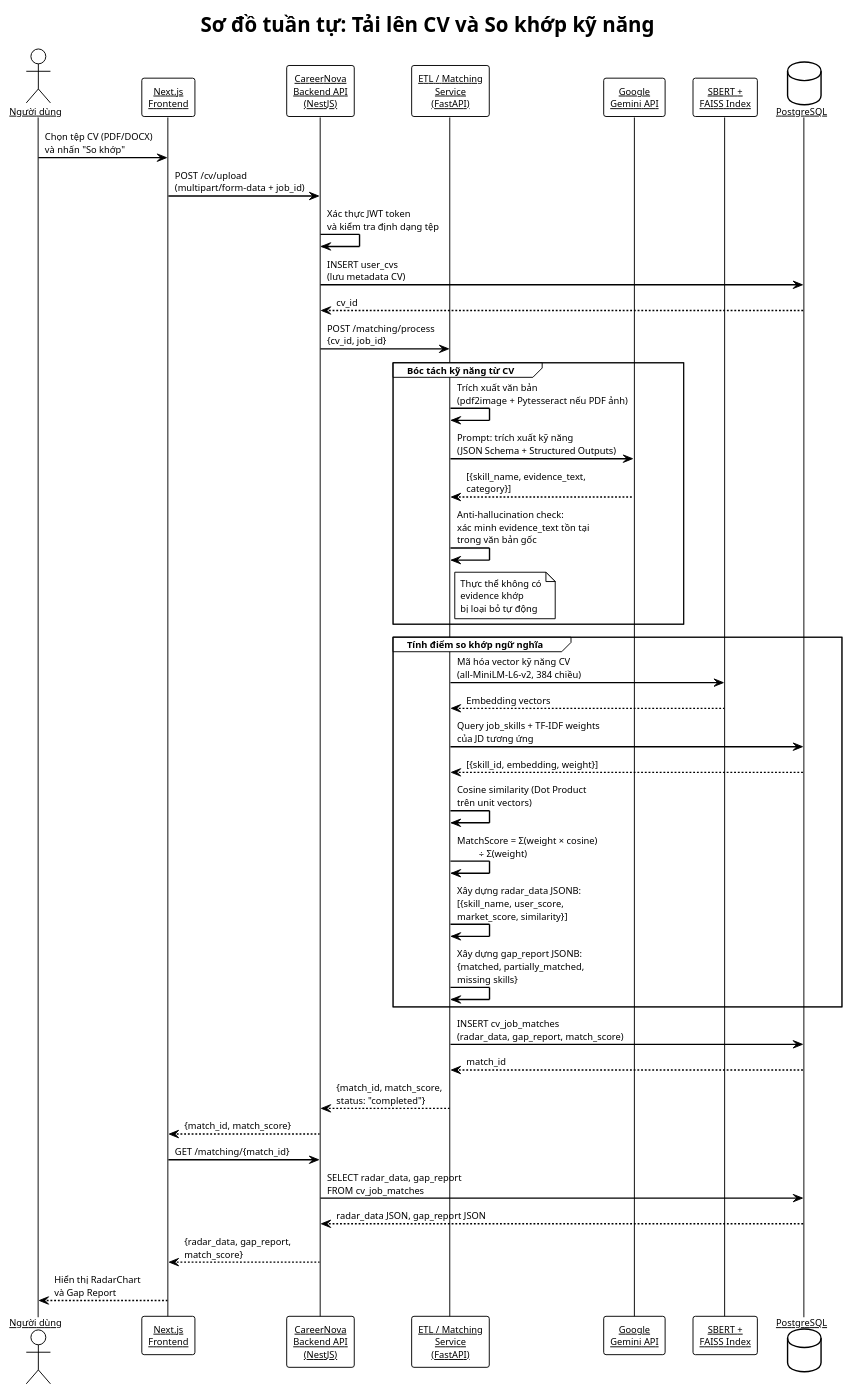
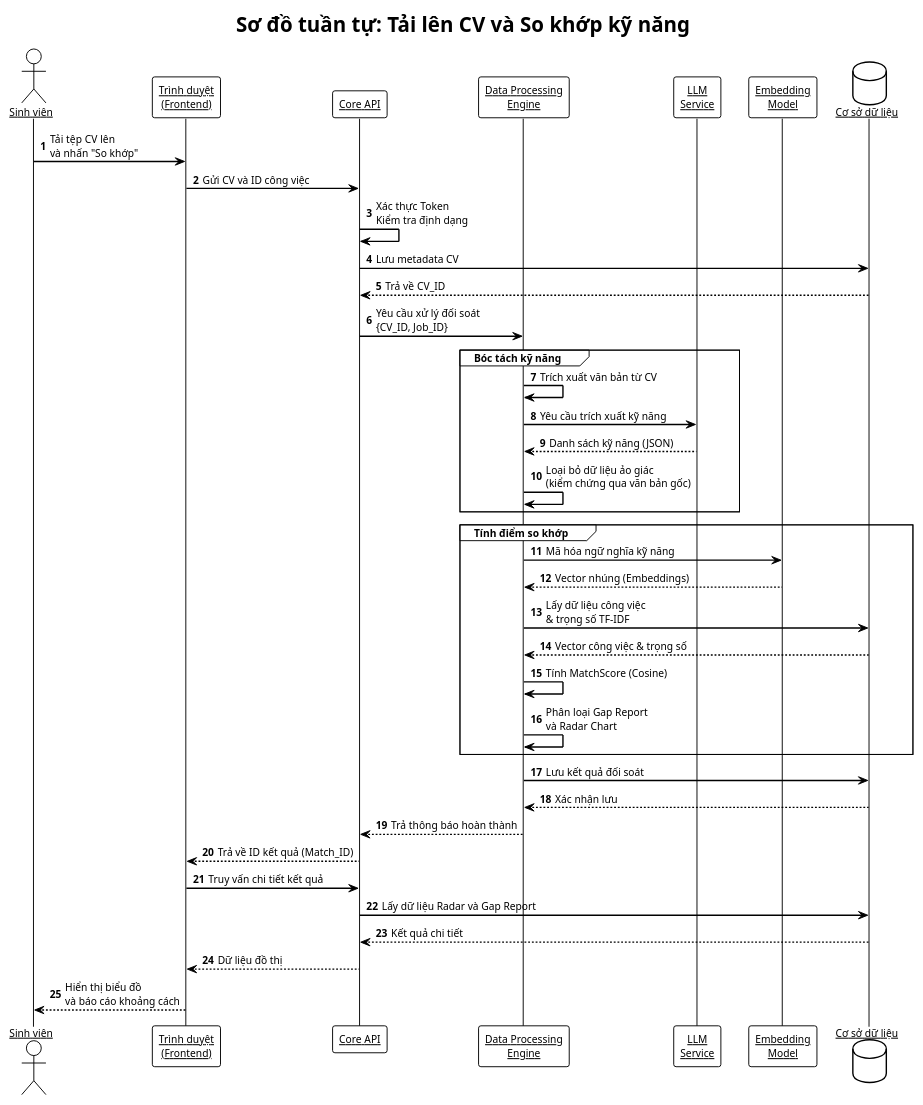
Before and after one commit to Myy1112/082026: the diagram in SourceCode/diagrams/cv_upload_sequence.puml, drawn with PlantUML. The commit also changed 29 other files, not shown here.

```diff
--- a/SourceCode/diagrams/cv_upload_sequence.puml
+++ b/SourceCode/diagrams/cv_upload_sequence.puml
@@ -1,60 +1,57 @@
 @startuml cv_upload_sequence
 !theme plain
-skinparam defaultFontSize 10
+skinparam defaultFontSize 11
 skinparam defaultFontName Arial
 skinparam backgroundColor #FFFFFF
 skinparam sequenceArrowThickness 1.5
 skinparam sequenceParticipant underline
 skinparam sequenceBoxBackgroundColor #F5F5F5
 
 title Sơ đồ tuần tự: Tải lên CV và So khớp kỹ năng
 
-actor       "Người dùng"              as User
-participant "Next.js\nFrontend"       as FE
-participant "CareerNova\nBackend API\n(NestJS)" as API
-participant "ETL / Matching\nService\n(FastAPI)" as ETL
-participant "Google\nGemini API"      as GEMINI
-participant "SBERT +\nFAISS Index"    as EMBED
-database    "PostgreSQL"              as DB
+actor       "Sinh viên"              as User
+participant "Trình duyệt\n(Frontend)"       as FE
+participant "Core API"               as API
+participant "Data Processing\nEngine" as ETL
+participant "LLM\nService"           as GEMINI
+participant "Embedding\nModel"       as EMBED
+database    "Cơ sở dữ liệu"          as DB
 
-User -> FE   : Chọn tệp CV (PDF/DOCX)\nvà nhấn "So khớp"
-FE   -> API  : POST /cv/upload\n(multipart/form-data + job_id)
-API  -> API  : Xác thực JWT token\nvà kiểm tra định dạng tệp
-API  -> DB   : INSERT user_cvs\n(lưu metadata CV)
-DB  --> API  : cv_id
+autonumber
 
-API  -> ETL  : POST /matching/process\n{cv_id, job_id}
+User -> FE   : Tải tệp CV lên\nvà nhấn "So khớp"
+FE   -> API  : Gửi CV và ID công việc
+API  -> API  : Xác thực Token\nKiểm tra định dạng
+API  -> DB   : Lưu metadata CV
+DB  --> API  : Trả về CV_ID
 
-group Bóc tách kỹ năng từ CV
-    ETL -> ETL    : Trích xuất văn bản\n(pdf2image + Pytesseract nếu PDF ảnh)
-    ETL -> GEMINI : Prompt: trích xuất kỹ năng\n(JSON Schema + Structured Outputs)
-    GEMINI --> ETL : [{skill_name, evidence_text,\ncategory}]
-    ETL -> ETL    : Anti-hallucination check:\nxác minh evidence_text tồn tại\ntrong văn bản gốc
-    note right of ETL : Thực thể không có\nevidence khớp\nbị loại bỏ tự động
+API  -> ETL  : Yêu cầu xử lý đối soát\n{CV_ID, Job_ID}
+
+group Bóc tách kỹ năng
+    ETL -> ETL    : Trích xuất văn bản từ CV
+    ETL -> GEMINI : Yêu cầu trích xuất kỹ năng
+    GEMINI --> ETL : Danh sách kỹ năng (JSON)
+    ETL -> ETL    : Loại bỏ dữ liệu ảo giác\n(kiểm chứng qua văn bản gốc)
 end
 
-group Tính điểm so khớp ngữ nghĩa
-    ETL -> EMBED  : Mã hóa vector kỹ năng CV\n(all-MiniLM-L6-v2, 384 chiều)
-    EMBED --> ETL : Embedding vectors
-    ETL -> DB     : Query job_skills + TF-IDF weights\ncủa JD tương ứng
-    DB  --> ETL   : [{skill_id, embedding, weight}]
-    ETL -> ETL    : Cosine similarity (Dot Product\ntrên unit vectors)
-    ETL -> ETL    : MatchScore = Σ(weight × cosine)\n         ÷ Σ(weight)
-    ETL -> ETL    : Xây dựng radar_data JSONB:\n[{skill_name, user_score,\nmarket_score, similarity}]
-    ETL -> ETL    : Xây dựng gap_report JSONB:\n{matched, partially_matched,\nmissing skills}
+group Tính điểm so khớp
+    ETL -> EMBED  : Mã hóa ngữ nghĩa kỹ năng
+    EMBED --> ETL : Vector nhúng (Embeddings)
+    ETL -> DB     : Lấy dữ liệu công việc\n& trọng số TF-IDF
+    DB  --> ETL   : Vector công việc & trọng số
+    ETL -> ETL    : Tính MatchScore (Cosine)
+    ETL -> ETL    : Phân loại Gap Report\nvà Radar Chart
 end
 
-ETL -> DB    : INSERT cv_job_matches\n(radar_data, gap_report, match_score)
-DB --> ETL   : match_id
+ETL -> DB    : Lưu kết quả đối soát
+DB --> ETL   : Xác nhận lưu
 
-ETL --> API  : {match_id, match_score,\nstatus: "completed"}
-API --> FE   : {match_id, match_score}
+ETL --> API  : Trả thông báo hoàn thành
+API --> FE   : Trả về ID kết quả (Match_ID)
 
-FE   -> API  : GET /matching/{match_id}
-API  -> DB   : SELECT radar_data, gap_report\nFROM cv_job_matches
-DB  --> API  : radar_data JSON, gap_report JSON
-API --> FE   : {radar_data, gap_report,\nmatch_score}
-
-FE  --> User : Hiển thị RadarChart\nvà Gap Report
-
+FE   -> API  : Truy vấn chi tiết kết quả
+API  -> DB   : Lấy dữ liệu Radar và Gap Report
+DB  --> API  : Kết quả chi tiết
+API --> FE   : Dữ liệu đồ thị
+FE  --> User : Hiển thị biểu đồ\nvà báo cáo khoảng cách
 @enduml
```
